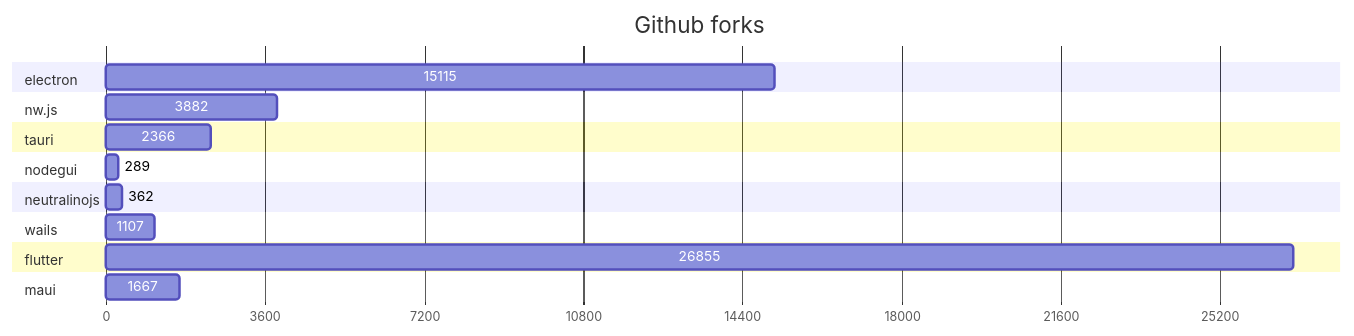
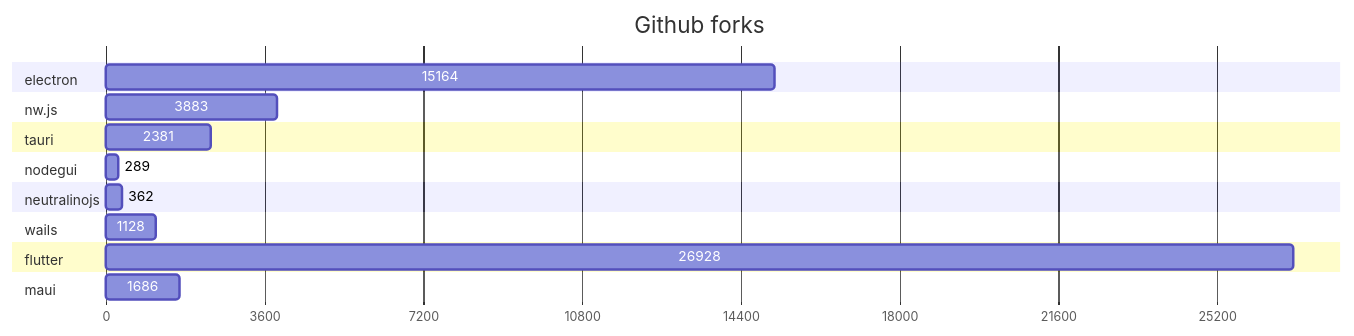
The second of 2 diagrams in GRAPHS.md (Elanis/web-to-desktop-framework-comparison), drawn with Mermaid before and after one commit. The commit also changed other lines of this file and 2 other files, not shown here.

````diff
--- a/GRAPHS.md
+++ b/GRAPHS.md
@@ -47,40 +47,40 @@
 ```mermaid
 gantt
     title Github forks
     dateFormat  X
     axisFormat %s
 
 
 	section electron
-	15115 : 0, 15115
+	15164 : 0, 15164
 
 	
 	section nw.js
-	3882 : 0, 3882
+	3883 : 0, 3883
 
 	
 	section tauri
-	2366 : 0, 2366
+	2381 : 0, 2381
 
 	
 	section nodegui
 	289 : 0, 289
 
 	
 	section neutralinojs
 	362 : 0, 362
 
 	
 	section wails
-	1107 : 0, 1107
+	1128 : 0, 1128
 
 	
 	section flutter
-	26855 : 0, 26855
+	26928 : 0, 26928
 
 	
 	section maui
-	1667 : 0, 1667
+	1686 : 0, 1686
 
 	
 ```
````
